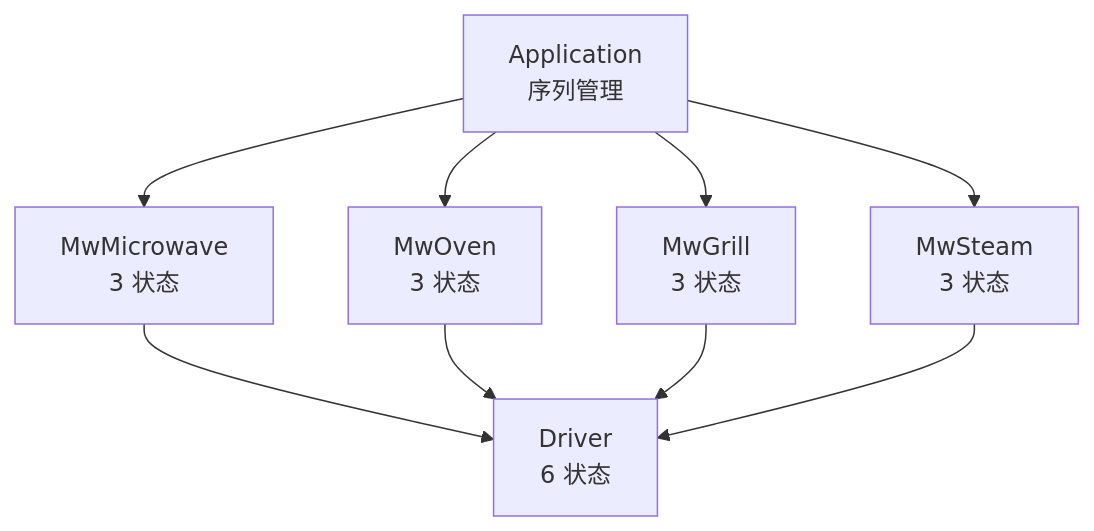
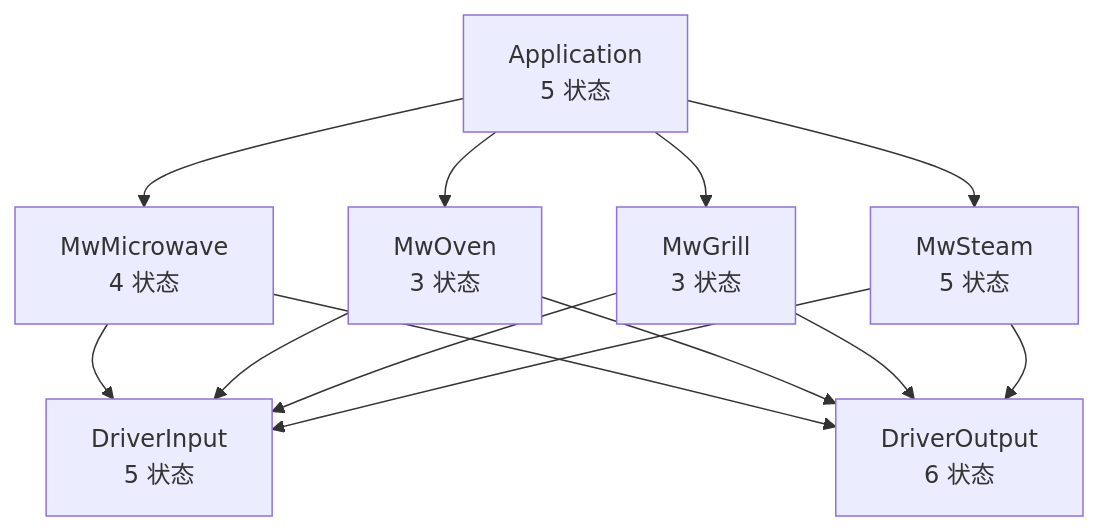
One commit to akashi-hideki/StaTable changed the third of 15 diagrams in code/docs/samples/LAYER_DESIGN_zh.md. Above: the diagram before and after it, drawn with Mermaid. The commit also changed other lines of this file and 3 other files, not shown here.

````diff
--- a/code/docs/samples/LAYER_DESIGN_zh.md
+++ b/code/docs/samples/LAYER_DESIGN_zh.md
@@ -144,18 +153,23 @@
 ```mermaid
 flowchart TB
-    App["Application<br/>序列管理"]
-    Mw1["MwMicrowave<br/>3 状态"]
+    App["Application<br/>5 状态"]
+    Mw1["MwMicrowave<br/>4 状态"]
     Mw2["MwOven<br/>3 状态"]
     Mw3["MwGrill<br/>3 状态"]
-    Mw4["MwSteam<br/>3 状态"]
-    Drv["Driver<br/>6 状态"]
+    Mw4["MwSteam<br/>5 状态"]
+    DrvIn["DriverInput<br/>5 状态"]
+    DrvOut["DriverOutput<br/>6 状态"]
 
     App --> Mw1
     App --> Mw2
     App --> Mw3
     App --> Mw4
-    Mw1 --> Drv
-    Mw2 --> Drv
-    Mw3 --> Drv
-    Mw4 --> Drv
+    Mw1 --> DrvIn
+    Mw1 --> DrvOut
+    Mw2 --> DrvIn
+    Mw2 --> DrvOut
+    Mw3 --> DrvIn
+    Mw3 --> DrvOut
+    Mw4 --> DrvIn
+    Mw4 --> DrvOut
 ```
````
